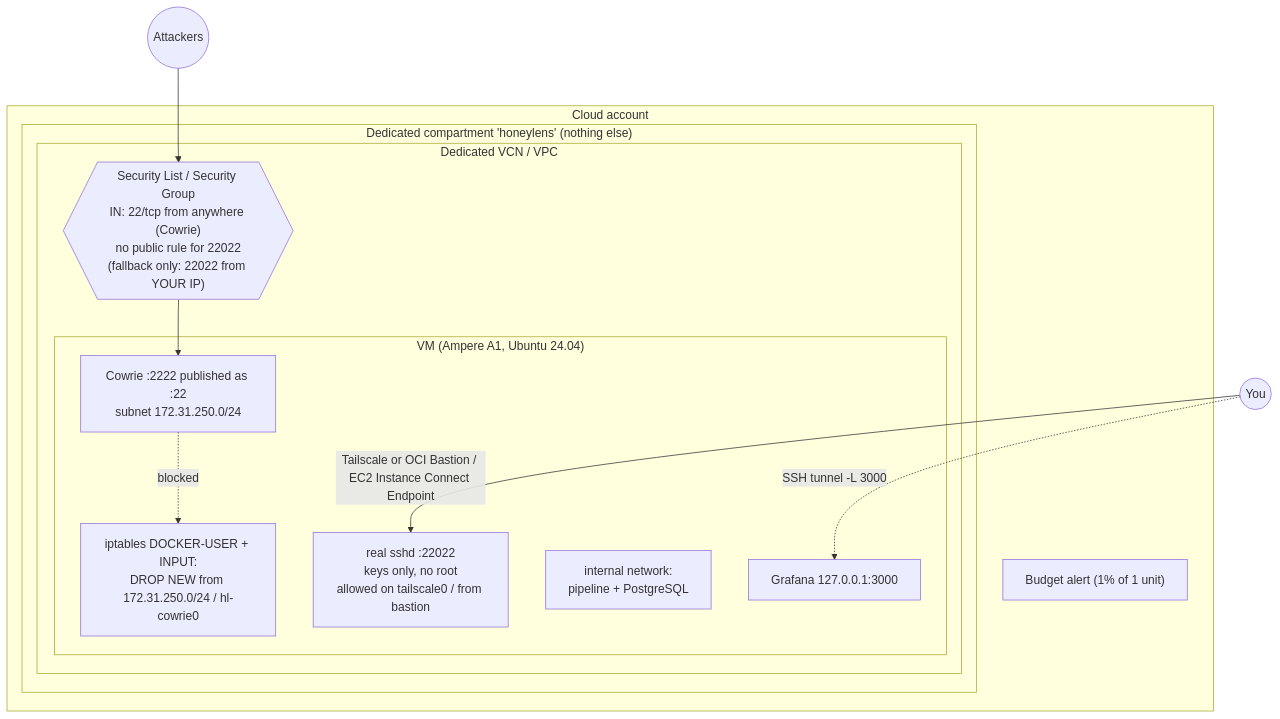
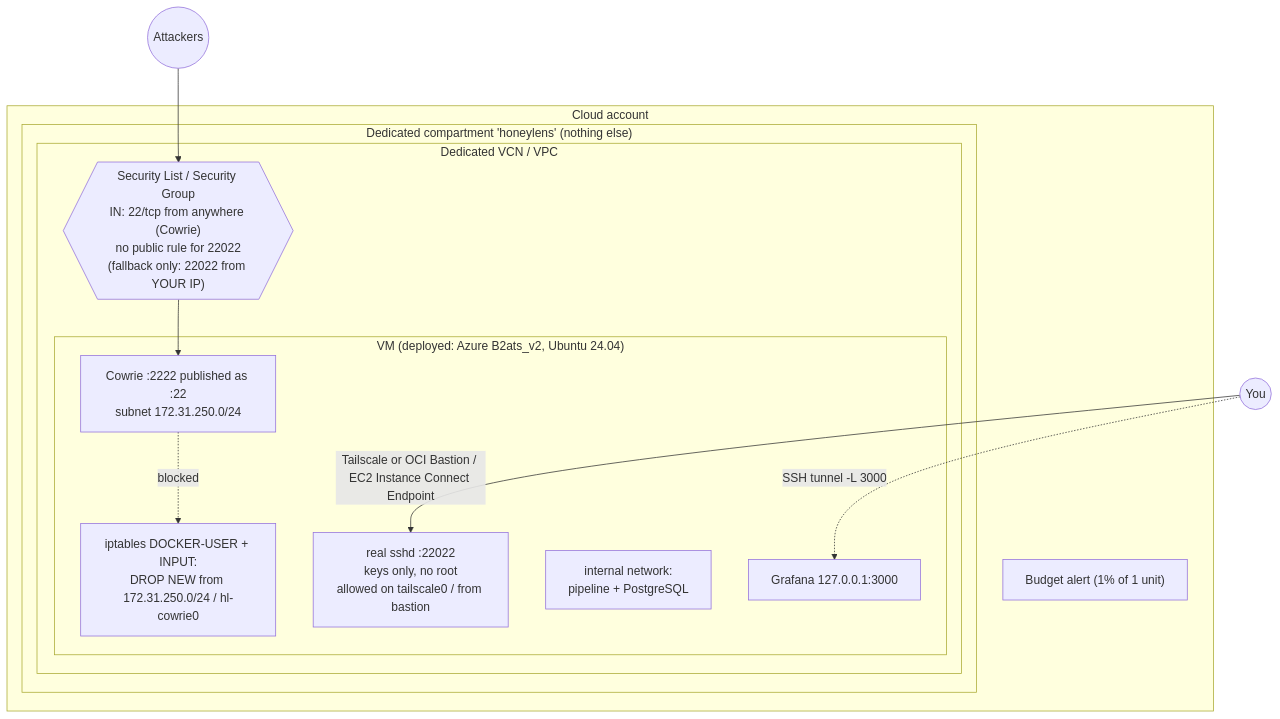
Before and after one commit to VRCHAMPION/honeylens: the fourth of 4 diagrams in docs/ARCHITECTURE.md, drawn with Mermaid. The commit also changed other lines of this file and 9 other files, not shown here.

````diff
--- a/docs/ARCHITECTURE.md
+++ b/docs/ARCHITECTURE.md
@@ -129,22 +129,22 @@
 ```mermaid
 flowchart TB
     subgraph tenancy["Cloud account"]
       subgraph comp["Dedicated compartment 'honeylens' (nothing else)"]
         subgraph vcn["Dedicated VCN / VPC"]
           SL{{"Security List / Security Group<br/>IN: 22/tcp from anywhere (Cowrie)<br/>no public rule for 22022<br/>(fallback only: 22022 from YOUR IP)"}}
-          subgraph vm["VM (Ampere A1, Ubuntu 24.04)"]
+          subgraph vm["VM (deployed: Azure B2ats_v2, Ubuntu 24.04)"]
             sshd["real sshd :22022<br/>keys only, no root<br/>allowed on tailscale0 / from bastion"]
             cow["Cowrie :2222 published as :22<br/>subnet 172.31.250.0/24"]
             ipt["iptables DOCKER-USER + INPUT:<br/>DROP NEW from 172.31.250.0/24 / hl-cowrie0"]
             int["internal network:<br/>pipeline + PostgreSQL"]
             gra["Grafana 127.0.0.1:3000"]
           end
         end
       end
       bud["Budget alert (1% of 1 unit)"]
     end
     att((Attackers)) --> SL --> cow
     me((You)) -->|"Tailscale or OCI Bastion / EC2 Instance Connect Endpoint"| sshd
     me -. "SSH tunnel -L 3000" .-> gra
     cow -. blocked .-> ipt
 ```
````
